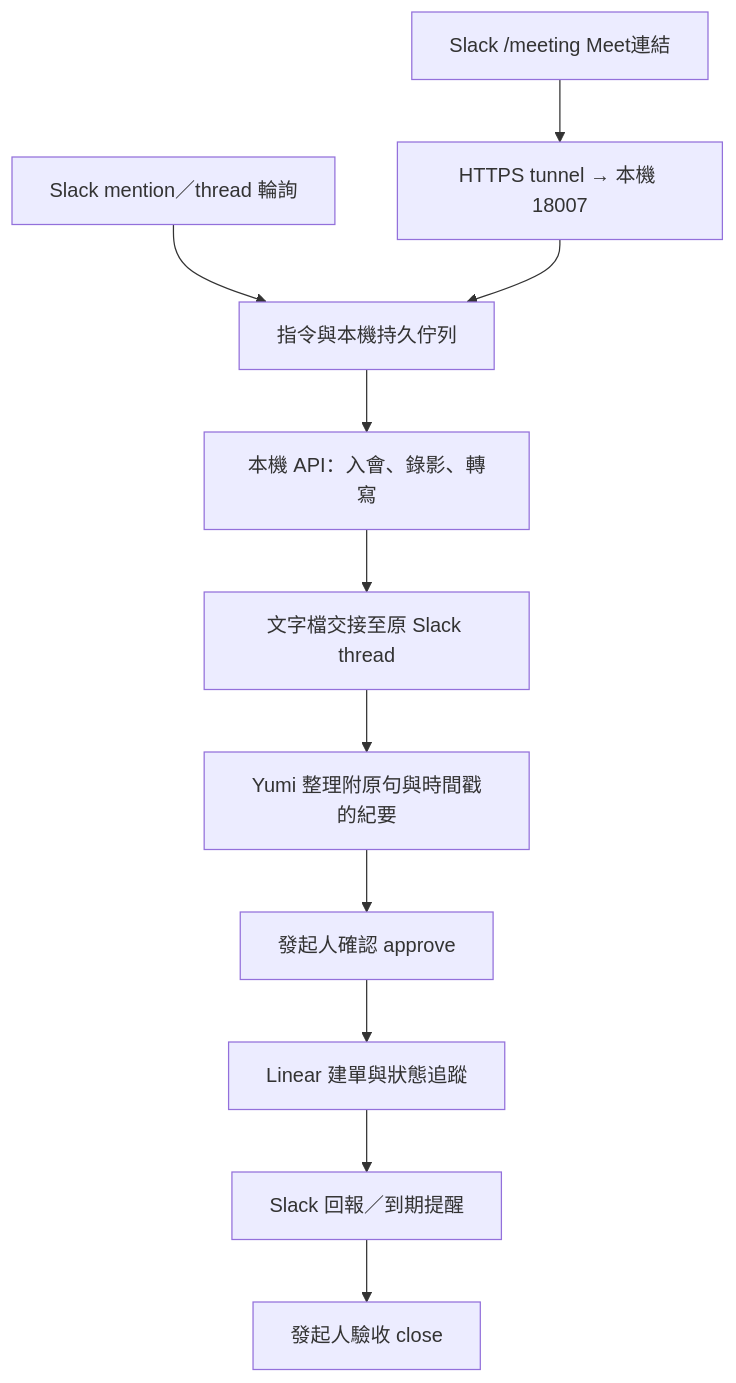
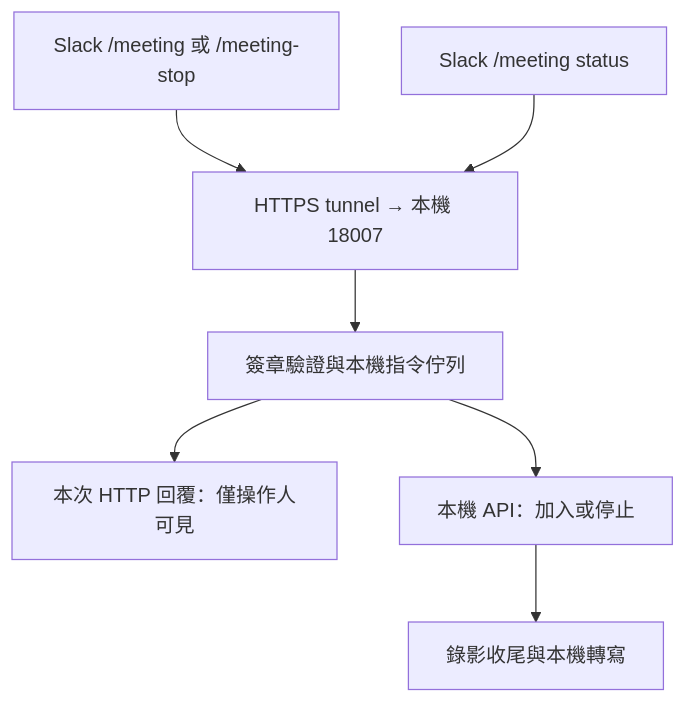
One commit to ZoneTwelve/meeting-mate changed the diagram in docs/slack-binding.md. Above: the diagram before and after it, drawn with Mermaid. The commit also changed other lines of this file and 6 other files, not shown here.

````diff
--- a/docs/slack-binding.md
+++ b/docs/slack-binding.md
@@ -5,13 +7,9 @@
 ```mermaid
 flowchart TD
-    A[Slack /meeting Meet連結] --> B[HTTPS tunnel → 本機 18007]
-    C[Slack mention／thread 輪詢] --> D[指令與本機持久佇列]
-    B --> D
-    D --> E[本機 API：入會、錄影、轉寫]
-    E --> F[文字檔交接至原 Slack thread]
-    F --> G[Yumi 整理附原句與時間戳的紀要]
-    G --> H[發起人確認 approve]
-    H --> I[Linear 建單與狀態追蹤]
-    I --> J[Slack 回報／到期提醒]
-    J --> K[發起人驗收 close]
+    A[Slack /meeting 或 /meeting-stop] --> B[HTTPS tunnel → 本機 18007]
+    B --> C[簽章驗證與本機指令佇列]
+    C --> D[本次 HTTP 回覆：僅操作人可見]
+    C --> E[本機 API：加入或停止]
+    E --> F[錄影收尾與本機轉寫]
+    G[Slack /meeting status] --> B
 ```
````
